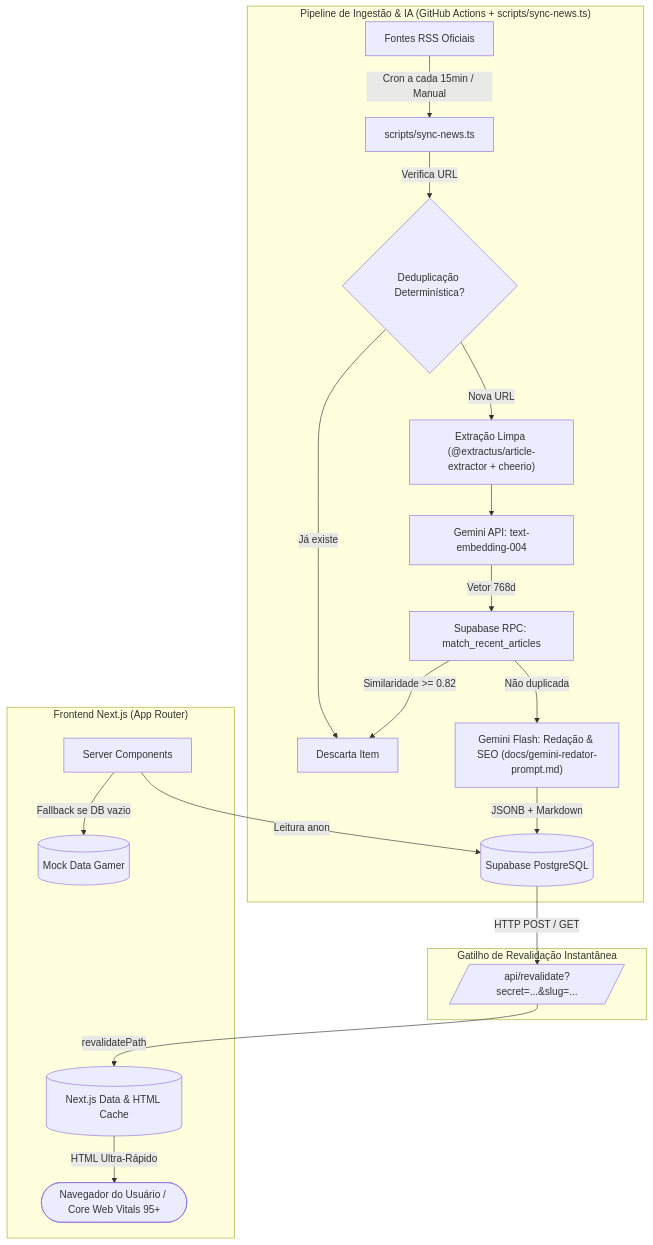
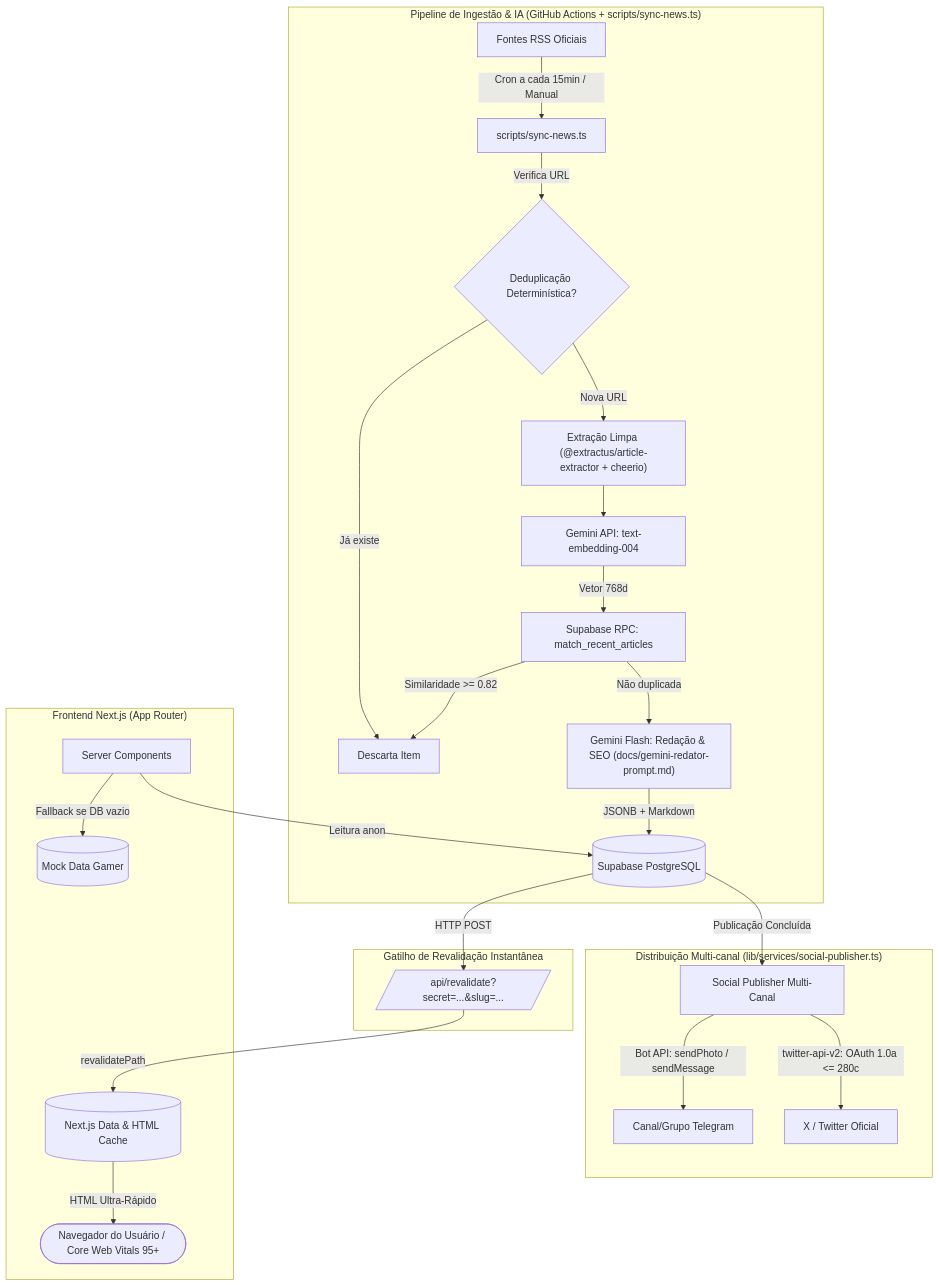
One commit to JuanBMMontesinos/AIGamePortal changed the diagram in docs/architecture.md. Above: the diagram before and after it, drawn with Mermaid. The commit also changed other lines of this file and 10 other files, not shown here.

Commit message:
feat: implement social publisher service for automated Telegram and Twitter posting with supporting scripts and documentation

````diff
--- a/docs/architecture.md
+++ b/docs/architecture.md
@@ -11,25 +11,31 @@
 ```mermaid
 flowchart TD
     subgraph Pipeline_IA ["Pipeline de Ingestão & IA (GitHub Actions + scripts/sync-news.ts)"]
         F1[Fontes RSS Oficiais] -->|Cron a cada 15min / Manual| SCRIPT[scripts/sync-news.ts]
         SCRIPT -->|Verifica URL| N2{Deduplicação Determinística?}
         N2 -->|Já existe| SKIP[Descarta Item]
         N2 -->|Nova URL| EXT["Extração Limpa (@extractus/article-extractor + cheerio)"]
         EXT --> G1[Gemini API: text-embedding-004]
         G1 -->|Vetor 768d| DB_VEC[Supabase RPC: match_recent_articles]
         DB_VEC -->|Similaridade >= 0.82| SKIP
         DB_VEC -->|Não duplicada| G2["Gemini Flash: Redação & SEO (docs/gemini-redator-prompt.md)"]
         G2 -->|JSONB + Markdown| DB_INS[(Supabase PostgreSQL)]
     end
 
     subgraph Revalidacao ["Gatilho de Revalidação Instantânea"]
-        DB_INS -->|HTTP POST / GET| REVAL[/api/revalidate?secret=...&slug=.../]
+        DB_INS -->|HTTP POST| REVAL[/api/revalidate?secret=...&slug=.../]
+    end
+
+    subgraph Distribuicao_Social ["Distribuição Multi-canal (lib/services/social-publisher.ts)"]
+        DB_INS -->|Publicação Concluída| SOC[Social Publisher Multi-Canal]
+        SOC -->|Bot API: sendPhoto / sendMessage| TEL[Canal/Grupo Telegram]
+        SOC -->|twitter-api-v2: OAuth 1.0a <= 280c| TW[X / Twitter Oficial]
     end
 
     subgraph Frontend_Nextjs ["Frontend Next.js (App Router)"]
         REVAL -->|revalidatePath| CACHE[(Next.js Data & HTML Cache)]
         CACHE -->|HTML Ultra-Rápido| USER([Navegador do Usuário / Core Web Vitals 95+])
         SERVER_COMP[Server Components] -->|Leitura anon| DB_INS
         SERVER_COMP -->|Fallback se DB vazio| MOCK[(Mock Data Gamer)]
     end
 ```
````
